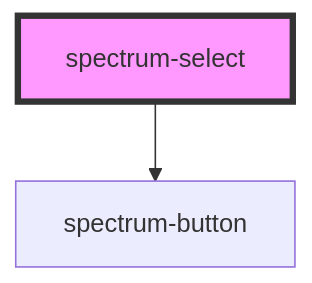
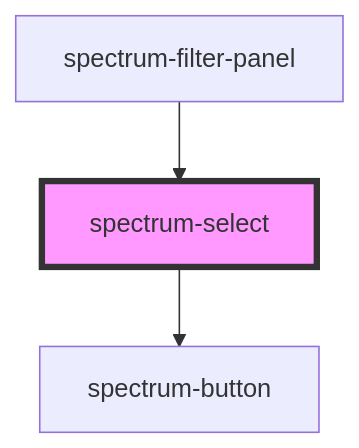
Before and after one commit to emamirelar/spectrum: the diagram in packages/core/src/components/spectrum-select/readme.md, drawn with Mermaid. The commit also changed other lines of this file and 121 other files, not shown here.

````diff
--- a/packages/core/src/components/spectrum-select/readme.md
+++ b/packages/core/src/components/spectrum-select/readme.md
@@ -68,5 +72,6 @@
 ```mermaid
 graph TD;
   spectrum-select --> spectrum-button
+  spectrum-filter-panel --> spectrum-select
   style spectrum-select fill:#f9f,stroke:#333,stroke-width:4px
 ```
````
